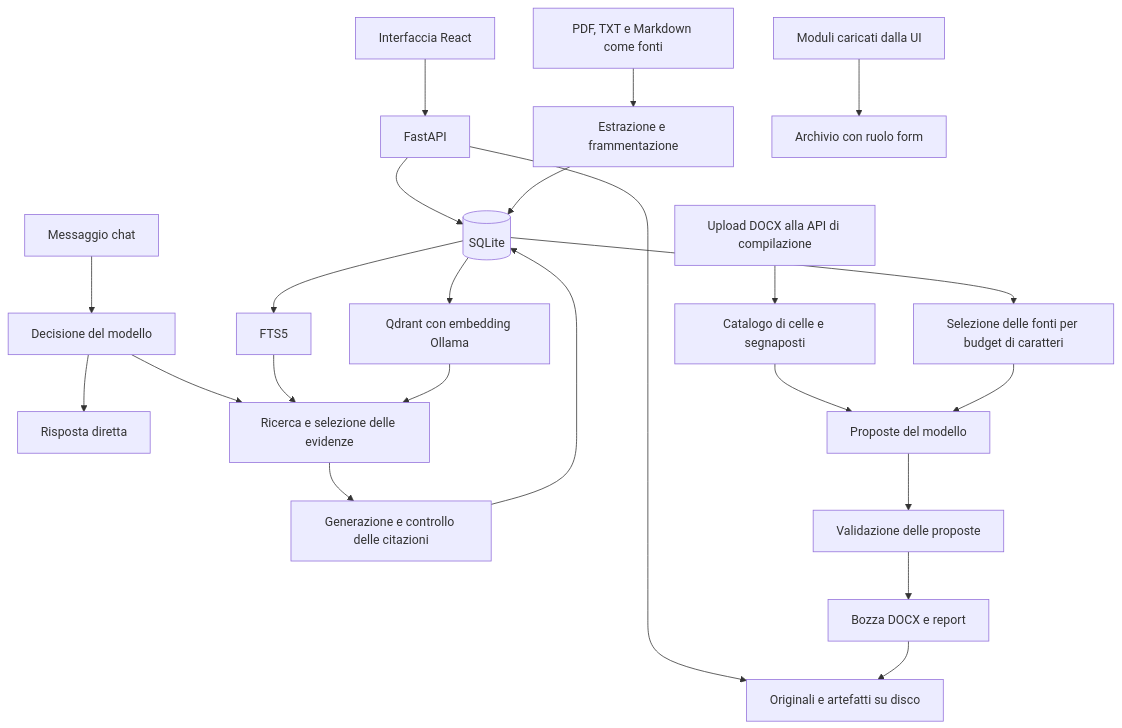
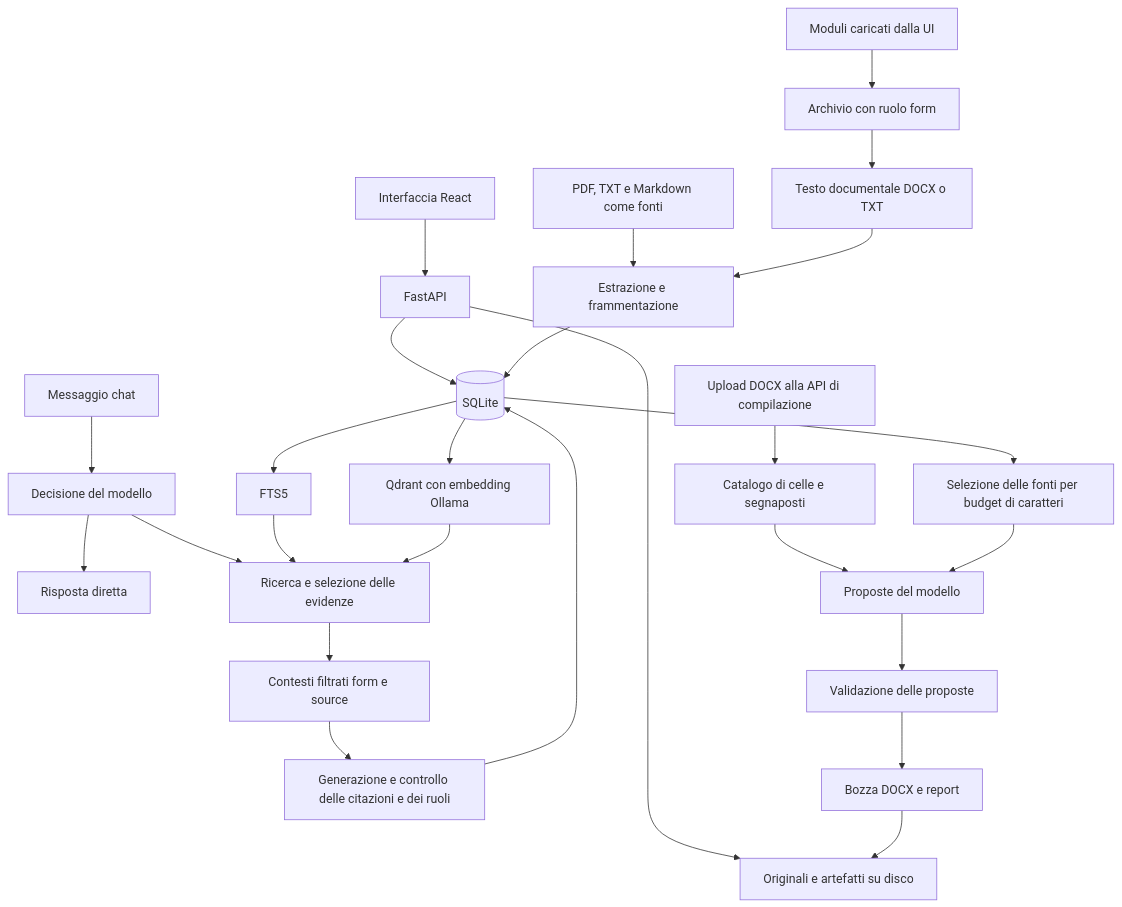
The diagram in docs/mappa-progetto.md (MontesanoDev/Tesi), drawn with Mermaid before and after one commit. The commit also changed other lines of this file and 62 other files, not shown here.

````diff
--- a/docs/mappa-progetto.md
+++ b/docs/mappa-progetto.md
@@ -36,25 +53,28 @@
 ```mermaid
 flowchart TD
     UI[Interfaccia React] --> API[FastAPI]
     API --> DB[(SQLite)]
     API --> FILE[Originali e artefatti su disco]
     FONTI[PDF, TXT e Markdown come fonti] --> ING[Estrazione e frammentazione]
     ING --> DB
     DB --> FTS[FTS5]
     DB --> QDRANT[Qdrant con embedding Ollama]
     CHAT[Messaggio chat] --> PLAN[Decisione del modello]
     PLAN --> DIRETTA[Risposta diretta]
     PLAN --> RICERCA[Ricerca e selezione delle evidenze]
     FTS --> RICERCA
     QDRANT --> RICERCA
-    RICERCA --> RISPOSTA[Generazione e controllo delle citazioni]
+    RICERCA --> CONTESTI[Contesti filtrati form e source]
+    CONTESTI --> RISPOSTA[Generazione e controllo delle citazioni e dei ruoli]
     RISPOSTA --> DB
     MODULI[Moduli caricati dalla UI] --> ARCHIVIO[Archivio con ruolo form]
+    ARCHIVIO --> TESTO[Testo documentale DOCX o TXT]
+    TESTO --> ING
     DOCX[Upload DOCX alla API di compilazione] --> PARSER[Catalogo di celle e segnaposti]
     PARSER --> PROPOSTE[Proposte del modello]
     DB --> CONTESTO[Selezione delle fonti per budget di caratteri]
     CONTESTO --> PROPOSTE
     PROPOSTE --> VALIDAZIONE[Validazione delle proposte]
     VALIDAZIONE --> BOZZA[Bozza DOCX e report]
     BOZZA --> FILE
 ```
````
